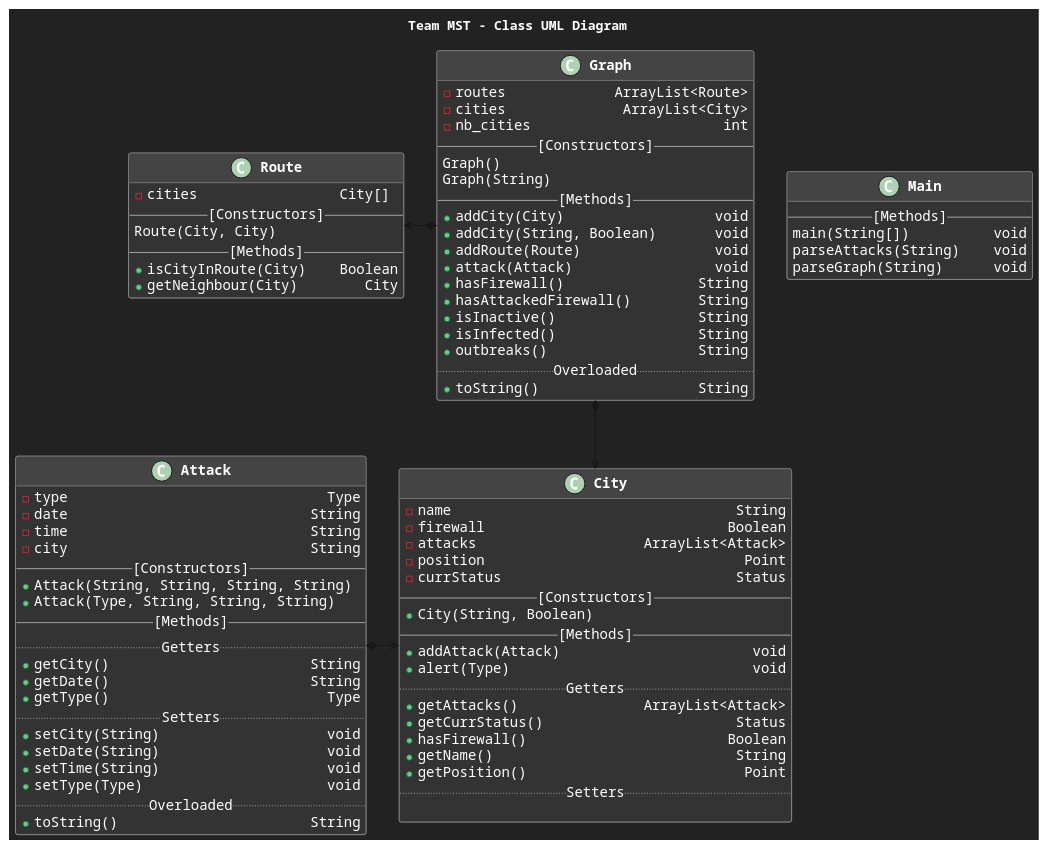
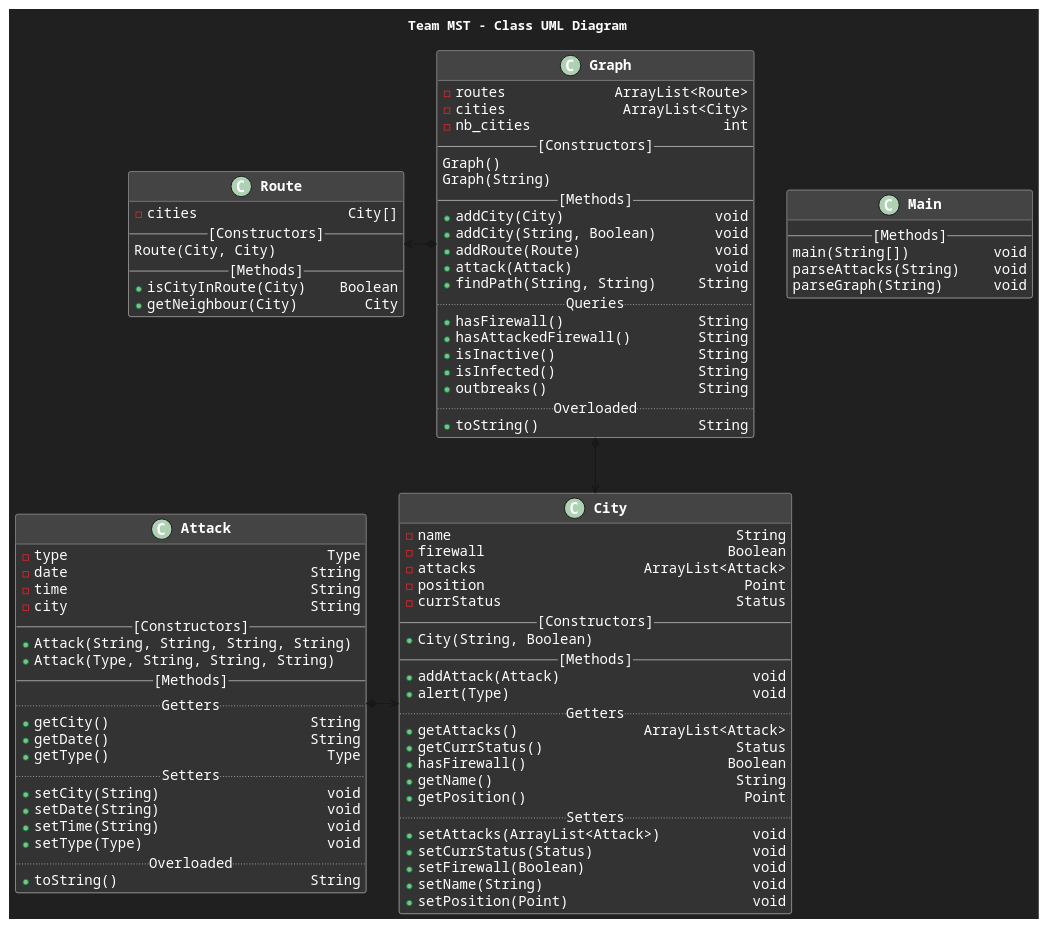
One commit to FusionStreak/MST_TermProject changed the diagram in structure.puml. Above: the diagram before and after it, drawn with PlantUML. The commit also changed 5 other files, not shown here.

```diff
--- a/structure.puml
+++ b/structure.puml
@@ -1,104 +1,110 @@
-@startuml
+@startuml GeneralStructure
 
 skinparam{
-    backgroundColor 222222
+    backgroundColor 202020
     defaultFontName Courier
     defaultFontColor white
 
     ClassBackgroundColor 333333
     ClassBorderColor AAAAAA
     ClassHeaderBackgroundColor 444444
     ClassFontSize 17
     ClassFontStyle bold
     ClassAttributeFontSize 15
 
     lineType orthogonal
 }
 
 title Team MST - Class UML Diagram
 
 
 class Attack {
   -type                               Type
   -date                             String
   -time                             String
   -city                             String
   --[Constructors]--
   +Attack(String, String, String, String)
   +Attack(Type, String, String, String)
   --[Methods]--
   ..Getters..
   +getCity()                        String
   +getDate()                        String
   +getType()                          Type
   ..Setters..
   +setCity(String)                    void
   +setDate(String)                    void
   +setTime(String)                    void
   +setType(Type)                      void
   ..Overloaded..
   +toString()                       String
 }
 
 class City {
 -name                                  String
 -firewall                             Boolean
 -attacks                    ArrayList<Attack>
 -position                               Point
 -currStatus                            Status
 --[Constructors]--
 +City(String, Boolean)
 --[Methods]--
 +addAttack(Attack)                       void
 +alert(Type)                             void
 ..Getters..
 +getAttacks()               ArrayList<Attack>
 +getCurrStatus()                       Status
 +hasFirewall()                        Boolean
 +getName()                             String
 +getPosition()                          Point
 ..Setters..
-
++setAttacks(ArrayList<Attack>)           void
++setCurrStatus(Status)                   void
++setFirewall(Boolean)                    void
++setName(String)                         void
++setPosition(Point)                      void
 }
 
 class Graph {
 -routes             ArrayList<Route>
 -cities              ArrayList<City>
 -nb_cities                       int
 --[Constructors]--
 Graph()
 Graph(String)
 --[Methods]--
 +addCity(City)                  void
 +addCity(String, Boolean)       void
 +addRoute(Route)                void
 +attack(Attack)                 void
++findPath(String, String)     String
+..Queries..
 +hasFirewall()                String
 +hasAttackedFirewall()        String
 +isInactive()                 String
 +isInfected()                 String
 +outbreaks()                  String
 ..Overloaded..
 +toString()                   String
 }
 
 class Route {
--cities                 City[]
+-cities                  City[]
 --[Constructors]--
 Route(City, City)
 --[Methods]--
 +isCityInRoute(City)    Boolean
 +getNeighbour(City)        City
 }
 
 class Main {
 --[Methods]--
 main(String[])          void
 parseAttacks(String)    void
 parseGraph(String)      void
 }
 
 City <--l--* Attack
 Graph *--> City
 Graph *-l-> Route
 @enduml
```
